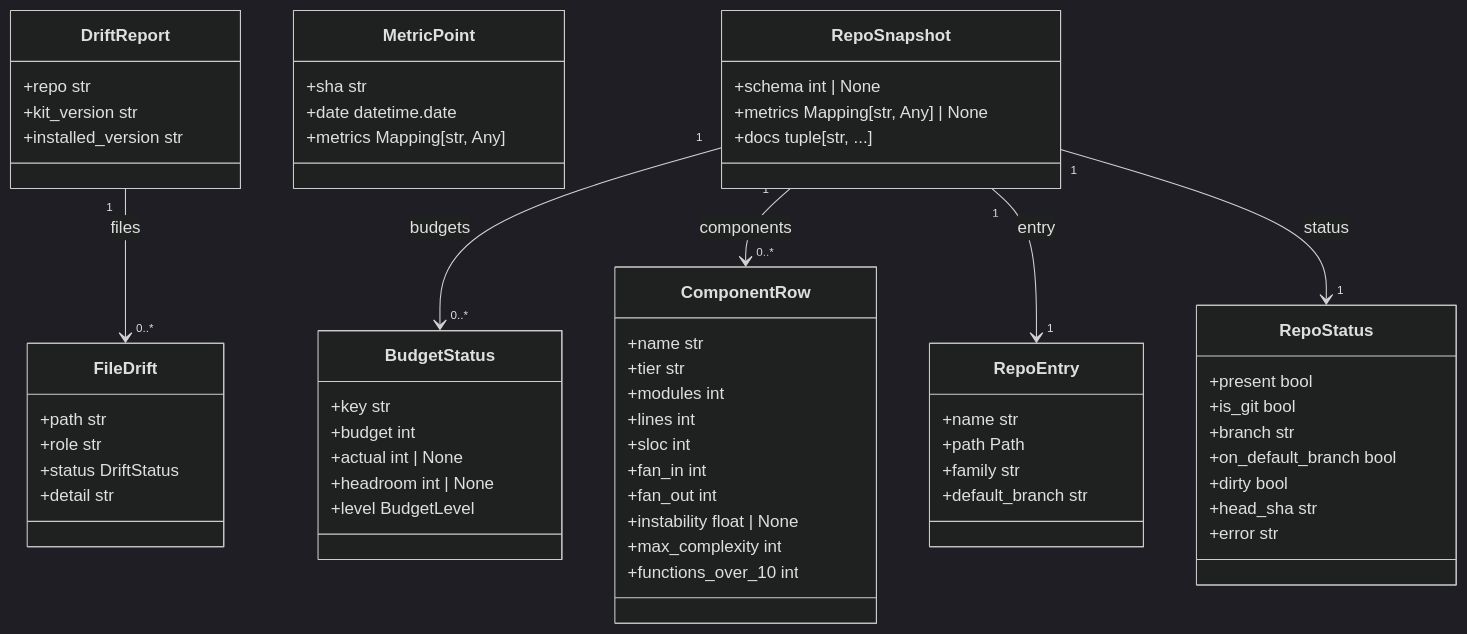
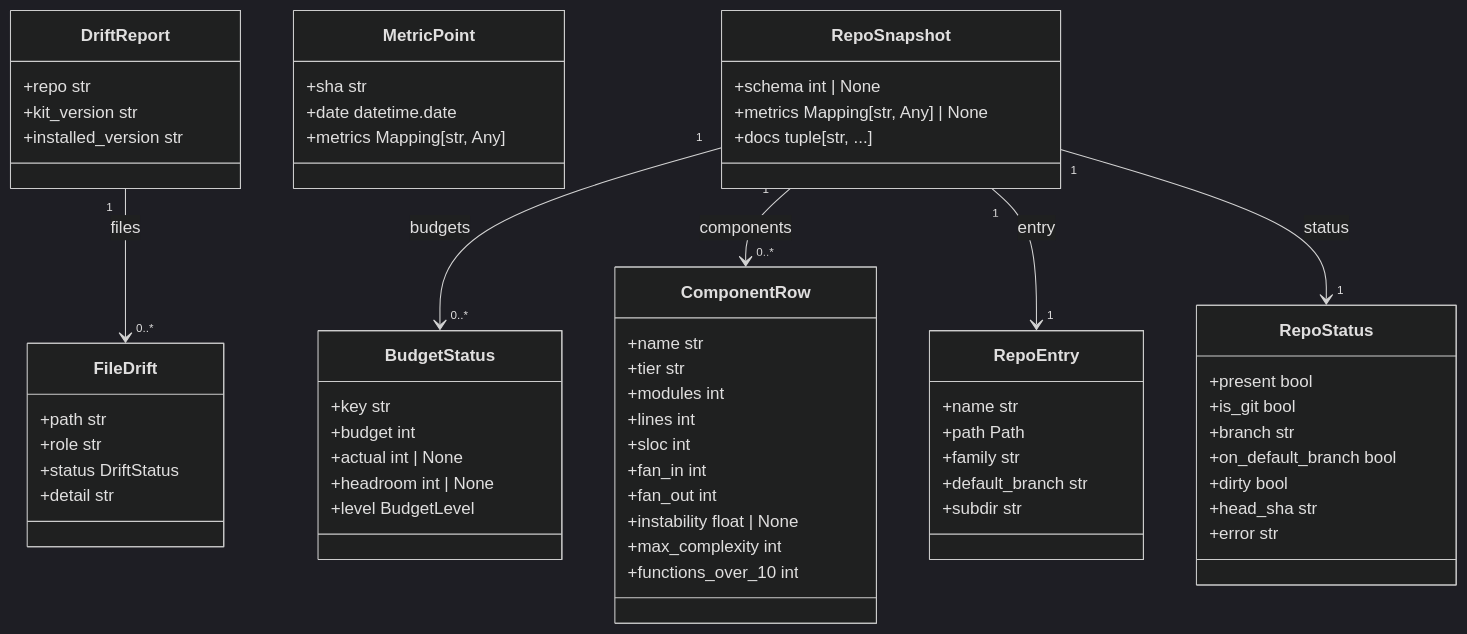
One commit to agent-lore/guardrail-hub changed the diagram in docs/generated/domain_model.md. Above: the diagram before and after it, drawn with Mermaid (dark theme). The commit also changed 56 other files, not shown here.

````diff
--- a/docs/generated/domain_model.md
+++ b/docs/generated/domain_model.md
@@ -8,63 +8,64 @@
 ```mermaid
 classDiagram
   class BudgetStatus {
     +key str
     +budget int
     +actual int | None
     +headroom int | None
     +level BudgetLevel
   }
   class ComponentRow {
     +name str
     +tier str
     +modules int
     +lines int
     +sloc int
     +fan_in int
     +fan_out int
     +instability float | None
     +max_complexity int
     +functions_over_10 int
   }
   class DriftReport {
     +repo str
     +kit_version str
     +installed_version str
   }
   class FileDrift {
     +path str
     +role str
     +status DriftStatus
     +detail str
   }
   class MetricPoint {
     +sha str
     +date datetime.date
     +metrics Mapping[str, Any]
   }
   class RepoEntry {
     +name str
     +path Path
     +family str
     +default_branch str
+    +subdir str
   }
   class RepoSnapshot {
     +schema int | None
     +metrics Mapping[str, Any] | None
     +docs tuple[str, ...]
   }
   class RepoStatus {
     +present bool
     +is_git bool
     +branch str
     +on_default_branch bool
     +dirty bool
     +head_sha str
     +error str
   }
   DriftReport "1" --> "0..*" FileDrift : files
   RepoSnapshot "1" --> "0..*" BudgetStatus : budgets
   RepoSnapshot "1" --> "0..*" ComponentRow : components
   RepoSnapshot "1" --> "1" RepoEntry : entry
   RepoSnapshot "1" --> "1" RepoStatus : status
 ```
````
